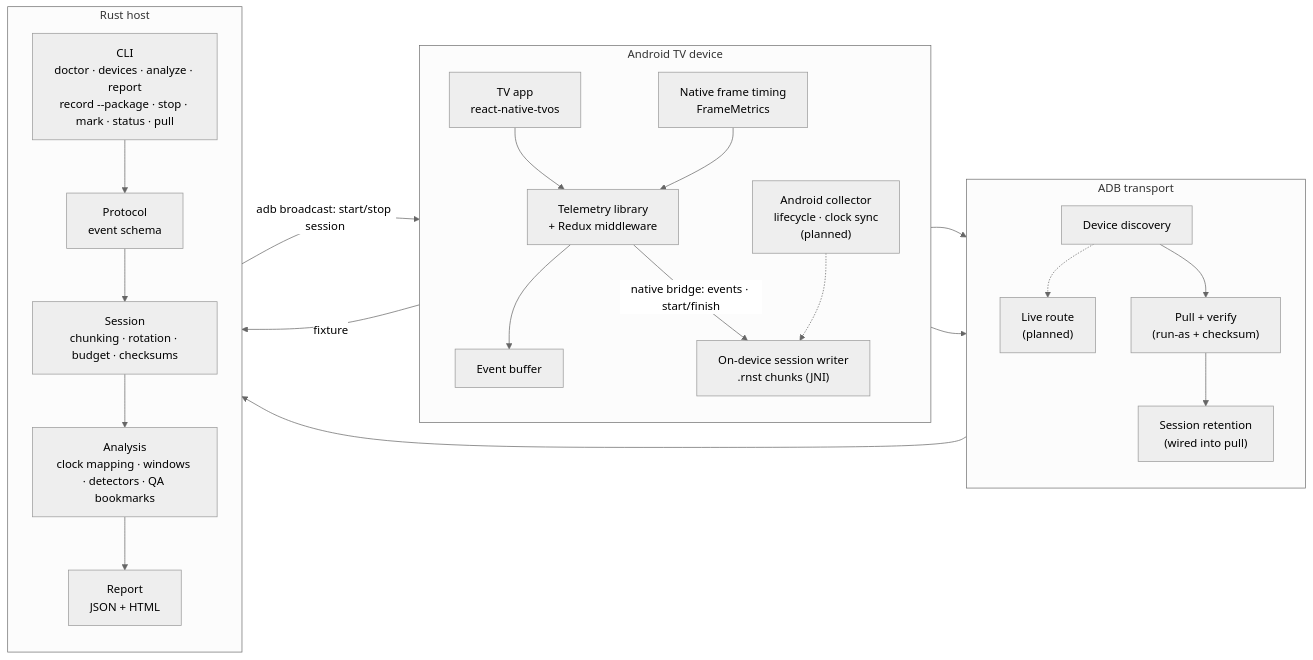
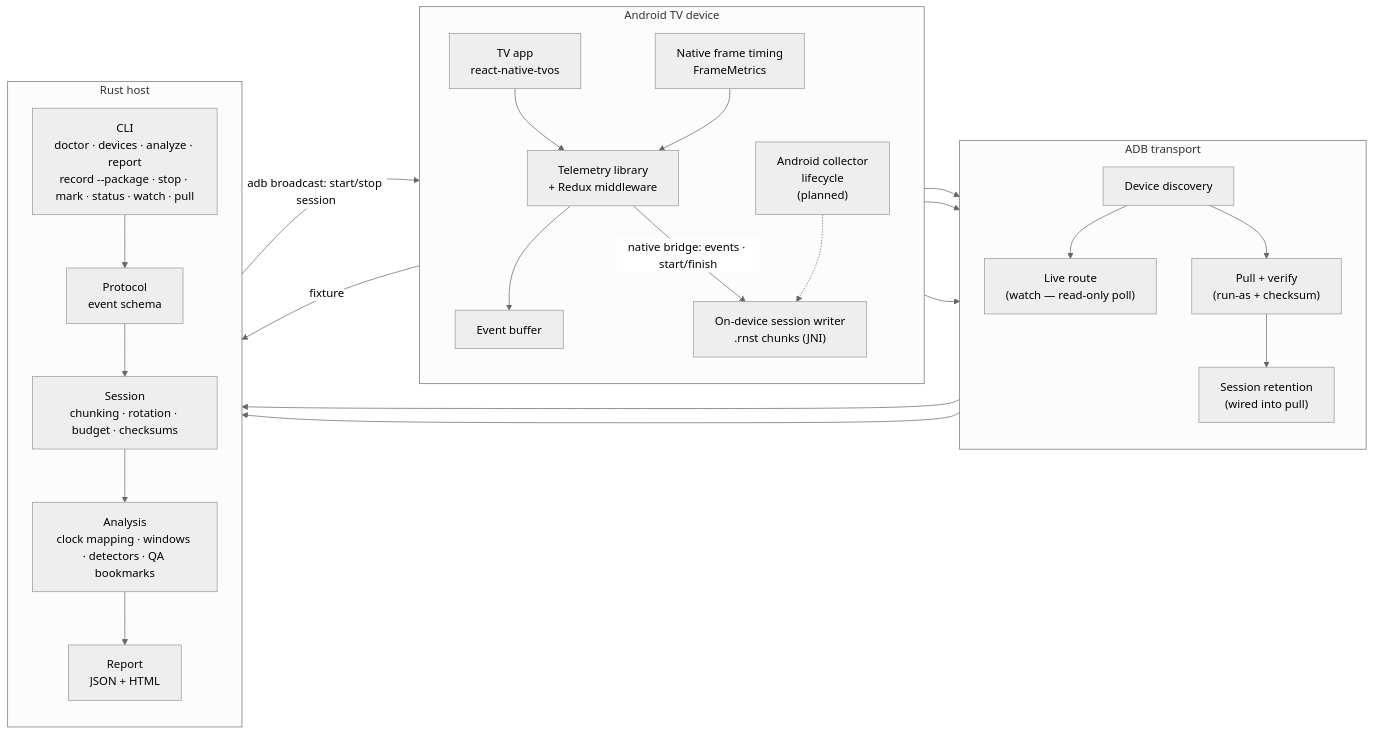
Before and after one commit to undrafted/rn-android-tv-session-telemetry: the diagram in diagrams/architecture.mmd, drawn with Mermaid. The commit also changed 4 other files, not shown here.

```diff
--- a/diagrams/architecture.mmd
+++ b/diagrams/architecture.mmd
@@ -1,43 +1,45 @@
 %%{init: {"theme": "neutral"}}%%
 flowchart LR
     subgraph Device["Android TV device"]
         direction TB
         App["TV app<br/>react-native-tvos"]
         Lib["Telemetry library<br/>+ Redux middleware"]
         Buffer["Event buffer"]
         FrameTiming["Native frame timing<br/>FrameMetrics"]
-        Collector["Android collector<br/>lifecycle · clock sync<br/>(planned)"]
+        Collector["Android collector<br/>lifecycle<br/>(planned)"]
         Writer["On-device session writer<br/>.rnst chunks (JNI)"]
         App --> Lib
         FrameTiming --> Lib
         Lib --> Buffer
         Lib -->|native bridge: events · start/finish| Writer
         Collector -.-> Writer
     end
 
     subgraph Transport["ADB transport"]
         direction TB
         Discover["Device discovery"]
-        LiveRoute["Live route<br/>(planned)"]
+        LiveRoute["Live route<br/>(watch — read-only poll)"]
         Pull["Pull + verify<br/>(run-as + checksum)"]
         Retain["Session retention<br/>(wired into pull)"]
-        Discover -.-> LiveRoute
+        Discover --> LiveRoute
         Discover --> Pull
         Pull --> Retain
     end
 
     subgraph Host["Rust host"]
         direction TB
-        CLI["CLI<br/>doctor · devices · analyze · report<br/>record --package · stop · mark · status · pull"]
+        CLI["CLI<br/>doctor · devices · analyze · report<br/>record --package · stop · mark · status · watch · pull"]
         Protocol["Protocol<br/>event schema"]
         SessionCrate["Session<br/>chunking · rotation · budget · checksums"]
         Analysis["Analysis<br/>clock mapping · windows · detectors · QA bookmarks"]
         Report["Report<br/>JSON + HTML"]
         CLI --> Protocol --> SessionCrate --> Analysis --> Report
     end
 
     App --> Discover
     Writer --> Pull
+    Writer --> LiveRoute
     Pull --> CLI
+    LiveRoute --> CLI
     Buffer -->|fixture| CLI
     CLI -->|adb broadcast: start/stop session| Writer
```
